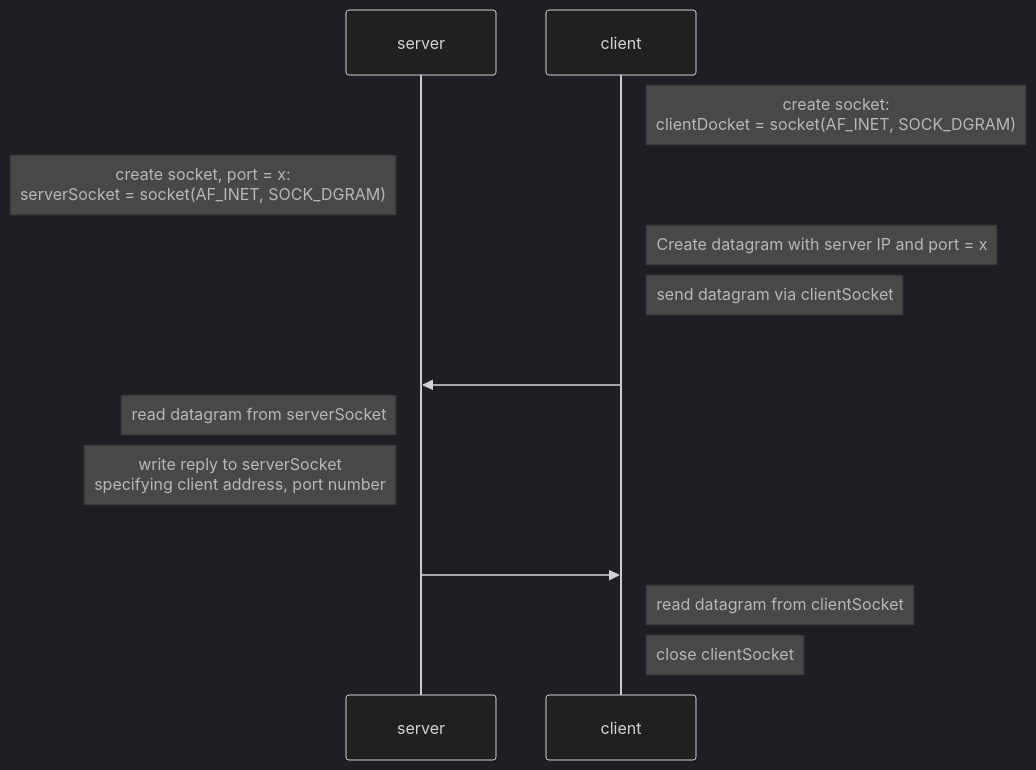
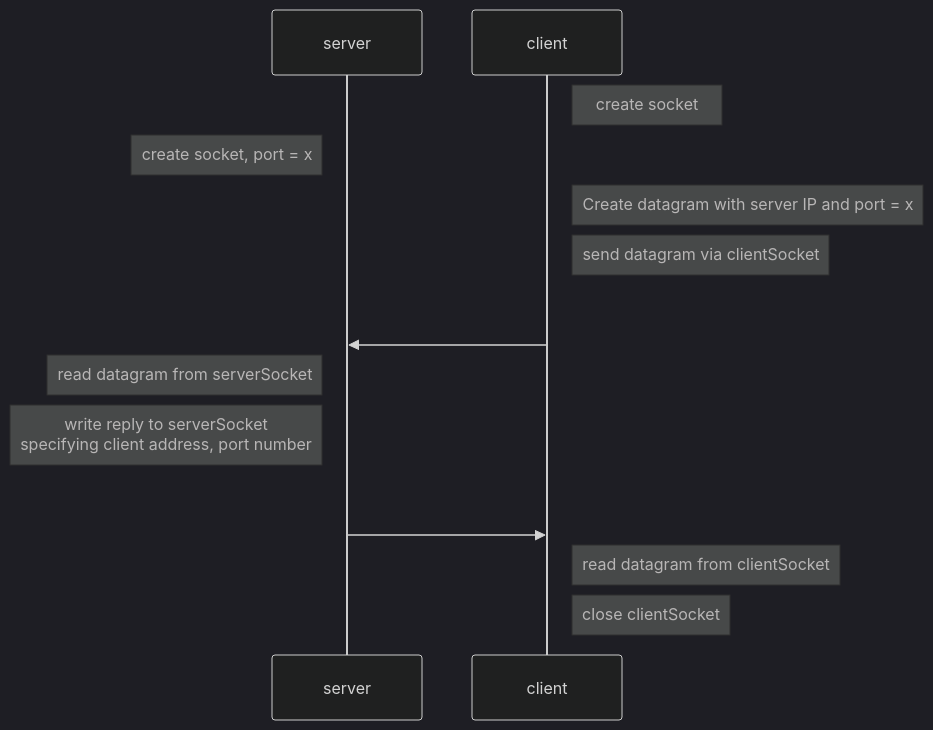
Before and after one commit to ZoLArk173/wiki: the second of 3 diagrams in Class/Computer Network/Chapter 2 Application Layer.md, drawn with Mermaid (dark theme). The commit also changed other lines of this file and 13 other files, not shown here.

````diff
--- a/Class/Computer Network/Chapter 2 Application Layer.md
+++ b/Class/Computer Network/Chapter 2 Application Layer.md
@@ -447,15 +422,15 @@
 ```mermaid
 sequenceDiagram
 participant s as server
 participant c as client
-note right of c: create socket:<br />clientDocket = socket(AF_INET, SOCK_DGRAM)
-note left of s: create socket, port = x:<br />serverSocket = socket(AF_INET, SOCK_DGRAM)
+note right of c: create socket
+note left of s: create socket, port = x
 note right of c: Create datagram with server IP and port = x
 note right of c: send datagram via clientSocket
 c->>s: <br />
 note left of s: read datagram from serverSocket
 note left of s: write reply to serverSocket<br />specifying client address, port number
 s->>c: <br />
 note right of c: read datagram from clientSocket
 note right of c: close clientSocket
 ```
````
